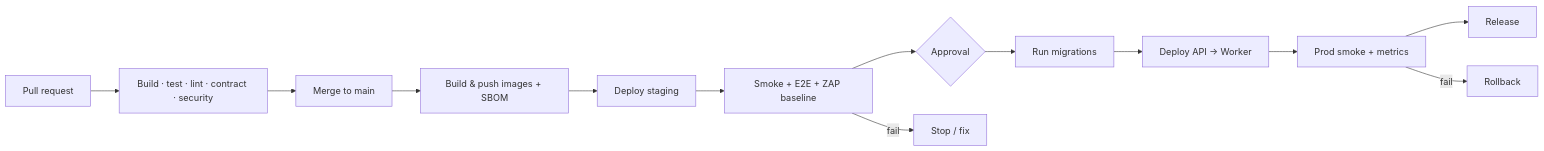
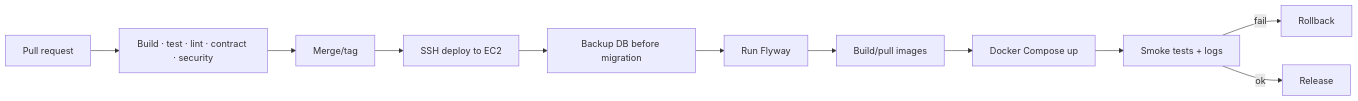
Before and after one commit to solucionesjj/files: the diagram in docs/08-operations/deployment-and-rollback.md, drawn with Mermaid. The commit also changed other lines of this file and 84 other files, not shown here.

First line of the commit message:
refactor: single EC2 + exclusive S3 architecture

````diff
--- a/docs/08-operations/deployment-and-rollback.md
+++ b/docs/08-operations/deployment-and-rollback.md
@@ -16,15 +15,13 @@
 ```mermaid
 flowchart LR
   pr[Pull request] --> ci[Build · test · lint · contract · security]
-  ci --> merge[Merge to main]
-  merge --> image[Build & push images + SBOM]
-  image --> stage[Deploy staging]
-  stage --> smokeS[Smoke + E2E + ZAP baseline]
-  smokeS --> approve{Approval}
-  approve --> migrate[Run migrations]
-  migrate --> deploy[Deploy API → Worker]
-  deploy --> smokeP[Prod smoke + metrics]
-  smokeP --> done[Release]
-  smokeS -->|fail| stop[Stop / fix]
-  smokeP -->|fail| rollback[Rollback]
+  ci --> merge[Merge/tag]
+  merge --> deploy[SSH deploy to EC2]
+  deploy --> backup[Backup DB before migration]
+  backup --> migrate[Run Flyway]
+  migrate --> build[Build/pull images]
+  build --> up[Docker Compose up]
+  up --> smoke[Smoke tests + logs]
+  smoke -->|fail| rollback[Rollback]
+  smoke -->|ok| done[Release]
 ```
````
